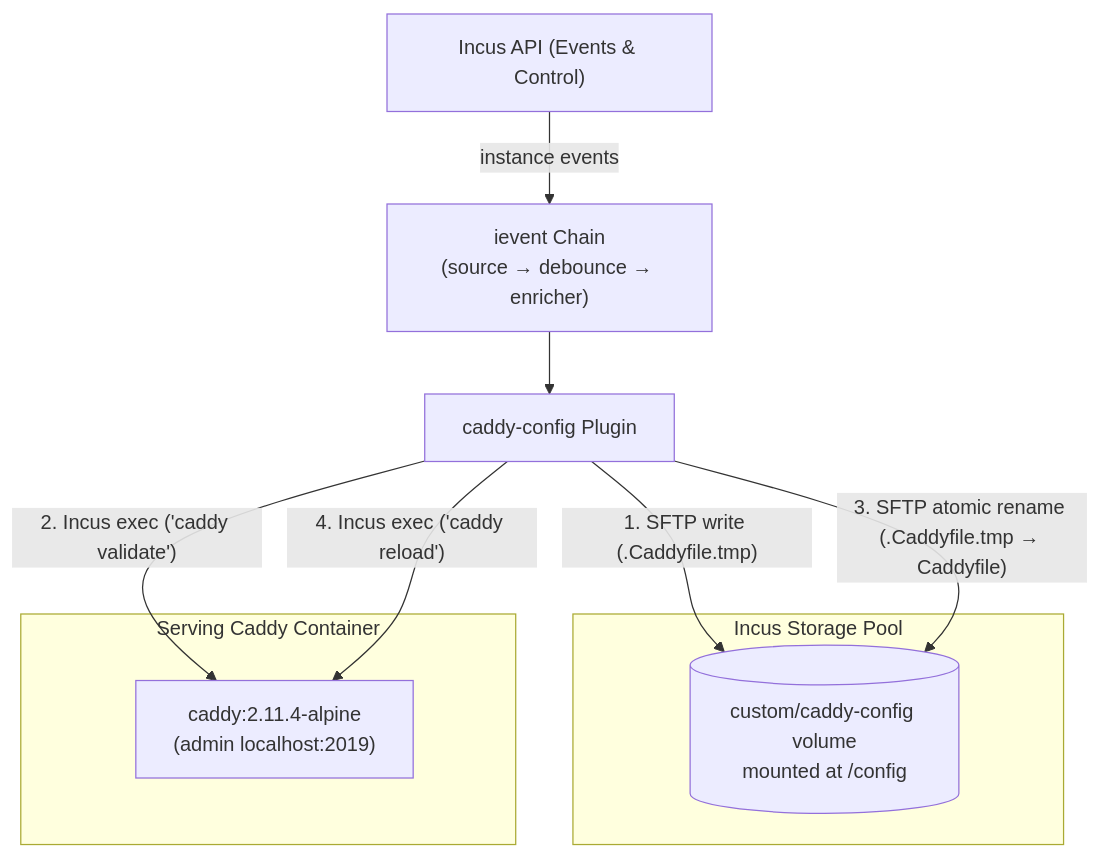
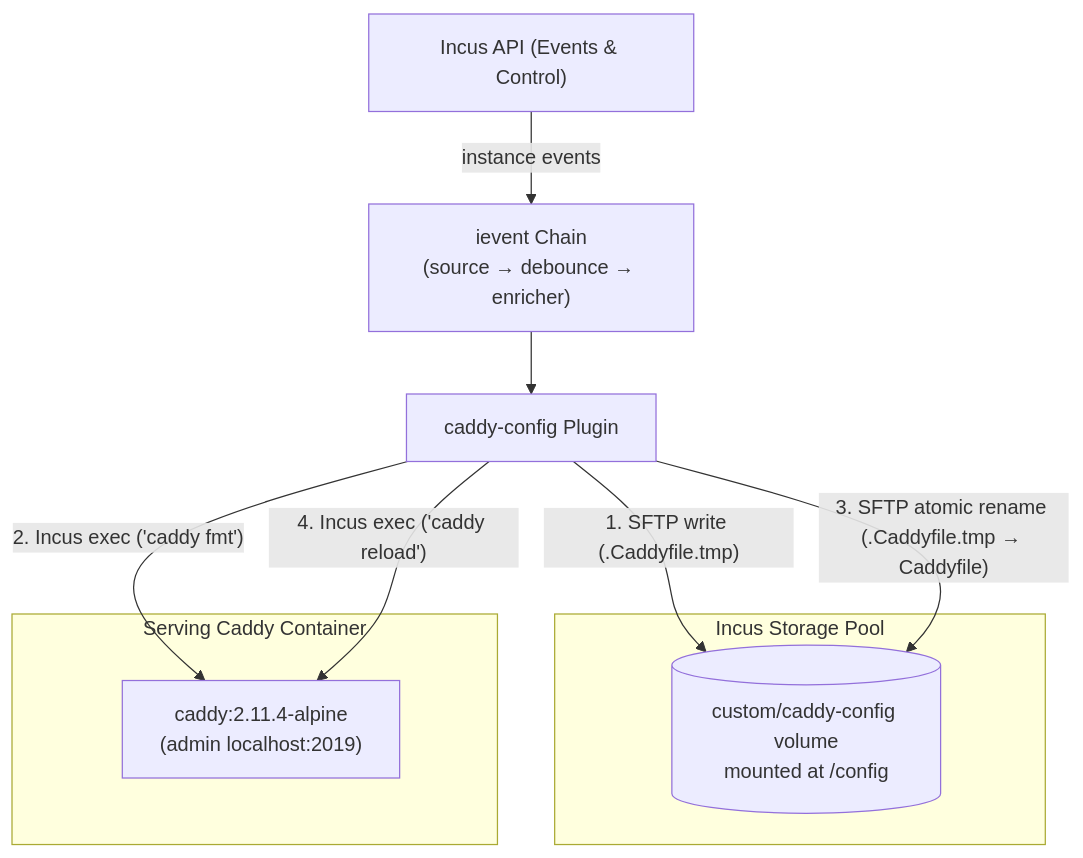
Before and after one commit to jochumdev/incus-caddy-config: the diagram in docs/root/home.md, drawn with Mermaid. The commit also changed other lines of this file and 12 other files, not shown here.

````diff
--- a/docs/root/home.md
+++ b/docs/root/home.md
@@ -20,18 +20,18 @@
 ```mermaid
 flowchart TD
     Incus["Incus API (Events & Control)"] -->|instance events| Chain["ievent Chain<br/>(source &rarr; debounce &rarr; enricher)"]
     Chain --> Plugin["caddy-config Plugin"]
 
     subgraph Storage["Incus Storage Pool"]
         Vol[("custom/caddy-config volume<br/>mounted at /config")]
     end
 
     subgraph Caddy["Serving Caddy Container"]
         CaddyProc["caddy:2.11.4-alpine<br/>(admin localhost:2019)"]
     end
 
     Plugin -->|"1. SFTP write (.Caddyfile.tmp)"| Vol
-    Plugin -->|"2. Incus exec ('caddy validate')"| CaddyProc
+    Plugin -->|"2. Incus exec ('caddy fmt')"| CaddyProc
     Plugin -->|"3. SFTP atomic rename (.Caddyfile.tmp &rarr; Caddyfile)"| Vol
     Plugin -->|"4. Incus exec ('caddy reload')"| CaddyProc
 ```
````
